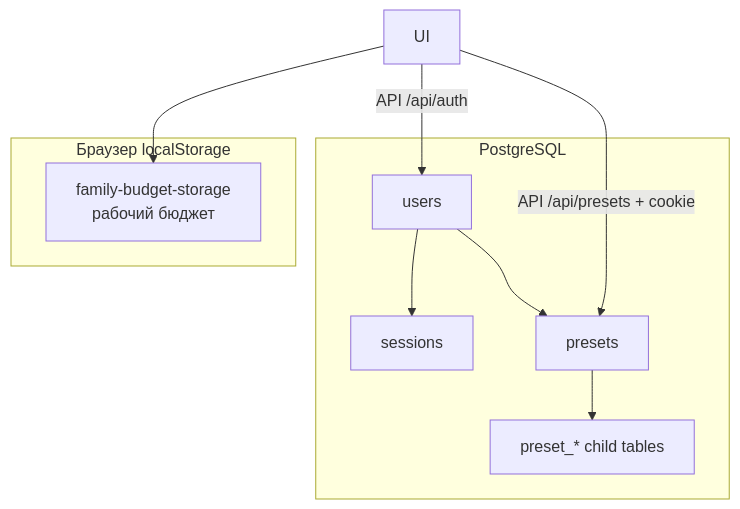
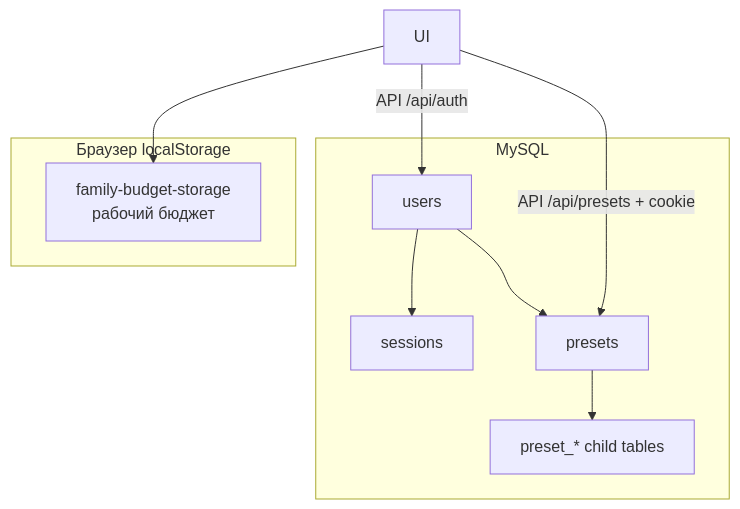
The first of 2 diagrams in database.md (merdovash/trip_budget), drawn with Mermaid before and after one commit. The commit also changed other lines of this file and 23 other files, not shown here.

````diff
--- a/database.md
+++ b/database.md
@@ -16,18 +16,18 @@
 ```mermaid
 flowchart TB
-  subgraph db [PostgreSQL]
+  subgraph db [MySQL]
     U[users]
     S[sessions]
     P[presets]
     C[preset_* child tables]
   end
   subgraph browser [Браузер localStorage]
     BS["family-budget-storage\nрабочий бюджет"]
   end
   UI[UI] --> BS
   UI -->|API /api/presets + cookie| P
   P --> C
   UI -->|API /api/auth| U
   U --> S
   U --> P
 ```
````
